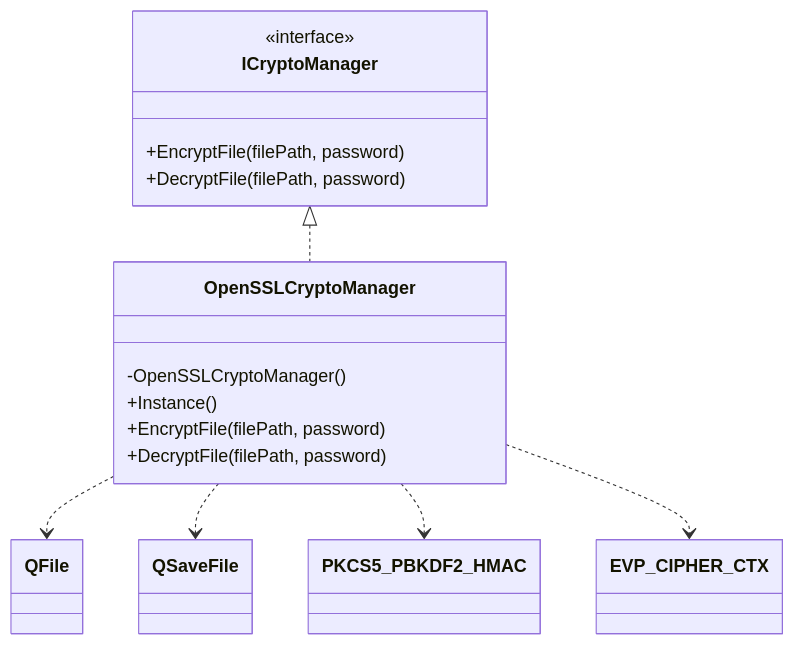
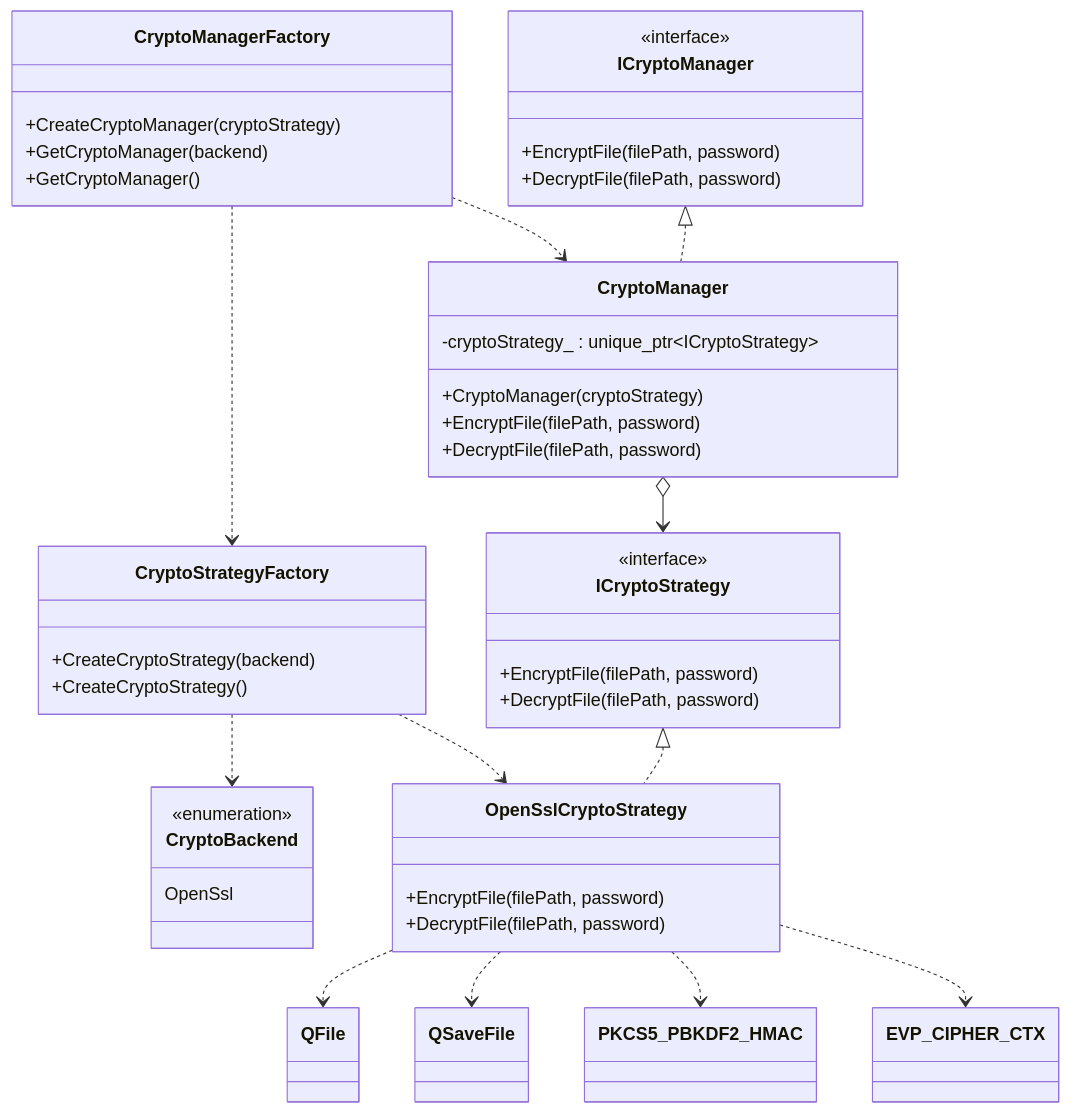
The first of 2 diagrams in README.md (artoshechka/development_of_information_security_tools), drawn with Mermaid before and after one commit. The commit also changed other lines of this file and 1 other file, not shown here.

Commit message:
Refactor crypto manager integration and enhance backend selection in main application

````diff
--- a/README.md
+++ b/README.md
@@ -53,33 +53,68 @@
 ```mermaid
 classDiagram
+    class CryptoBackend {
+        <<enumeration>>
+        OpenSsl
+    }
+
+    class ICryptoStrategy {
+        <<interface>>
+        +EncryptFile(filePath, password)
+        +DecryptFile(filePath, password)
+    }
+
+    class OpenSslCryptoStrategy {
+        +EncryptFile(filePath, password)
+        +DecryptFile(filePath, password)
+    }
+
     class ICryptoManager {
         <<interface>>
         +EncryptFile(filePath, password)
         +DecryptFile(filePath, password)
     }
 
-    class OpenSSLCryptoManager {
-        -OpenSSLCryptoManager()
-        +Instance()
+    class CryptoManager {
+        -cryptoStrategy_ : unique_ptr~ICryptoStrategy~
+        +CryptoManager(cryptoStrategy)
         +EncryptFile(filePath, password)
         +DecryptFile(filePath, password)
+    }
+
+    class CryptoStrategyFactory {
+        +CreateCryptoStrategy(backend)
+        +CreateCryptoStrategy()
+    }
+
+    class CryptoManagerFactory {
+        +CreateCryptoManager(cryptoStrategy)
+        +GetCryptoManager(backend)
+        +GetCryptoManager()
     }
 
     class QFile {
     }
 
     class QSaveFile {
     }
 
     class PKCS5_PBKDF2_HMAC {
     }
 
     class EVP_CIPHER_CTX {
     }
 
-    ICryptoManager <|.. OpenSSLCryptoManager
-    OpenSSLCryptoManager ..> QFile
-    OpenSSLCryptoManager ..> QSaveFile
-    OpenSSLCryptoManager ..> PKCS5_PBKDF2_HMAC
-    OpenSSLCryptoManager ..> EVP_CIPHER_CTX
+    ICryptoManager <|.. CryptoManager
+    ICryptoStrategy <|.. OpenSslCryptoStrategy
+    CryptoManager o--> ICryptoStrategy
+
+    CryptoManagerFactory ..> CryptoStrategyFactory
+    CryptoManagerFactory ..> CryptoManager
+    CryptoStrategyFactory ..> CryptoBackend
+    CryptoStrategyFactory ..> OpenSslCryptoStrategy
+
+    OpenSslCryptoStrategy ..> QFile
+    OpenSslCryptoStrategy ..> QSaveFile
+    OpenSslCryptoStrategy ..> PKCS5_PBKDF2_HMAC
+    OpenSslCryptoStrategy ..> EVP_CIPHER_CTX
 ```
````
